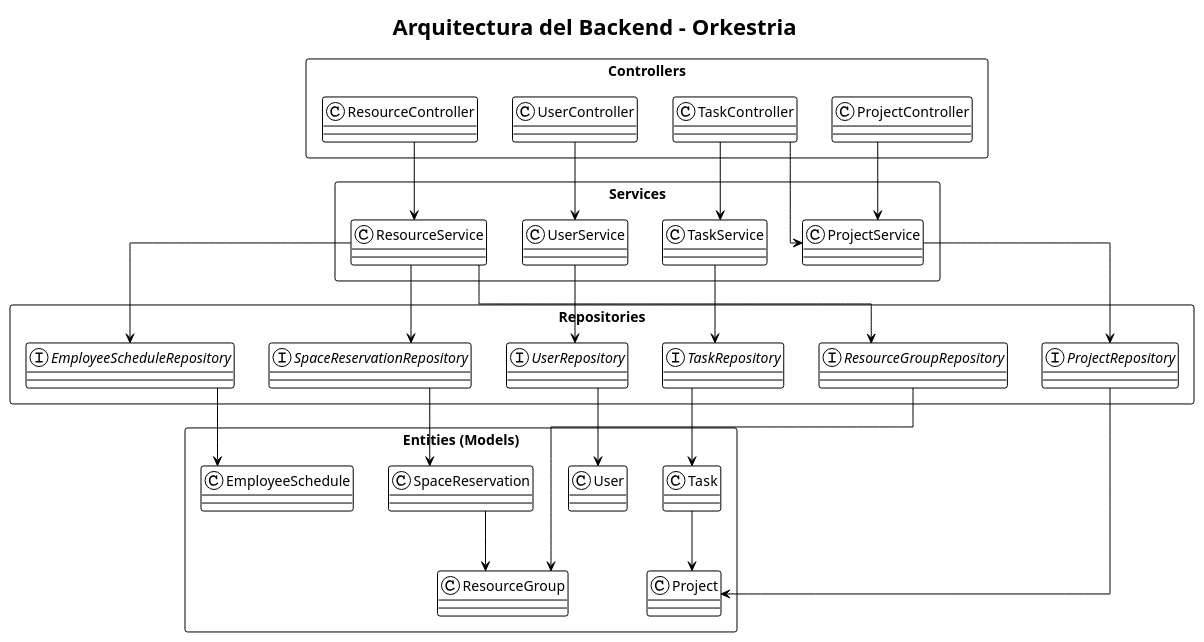
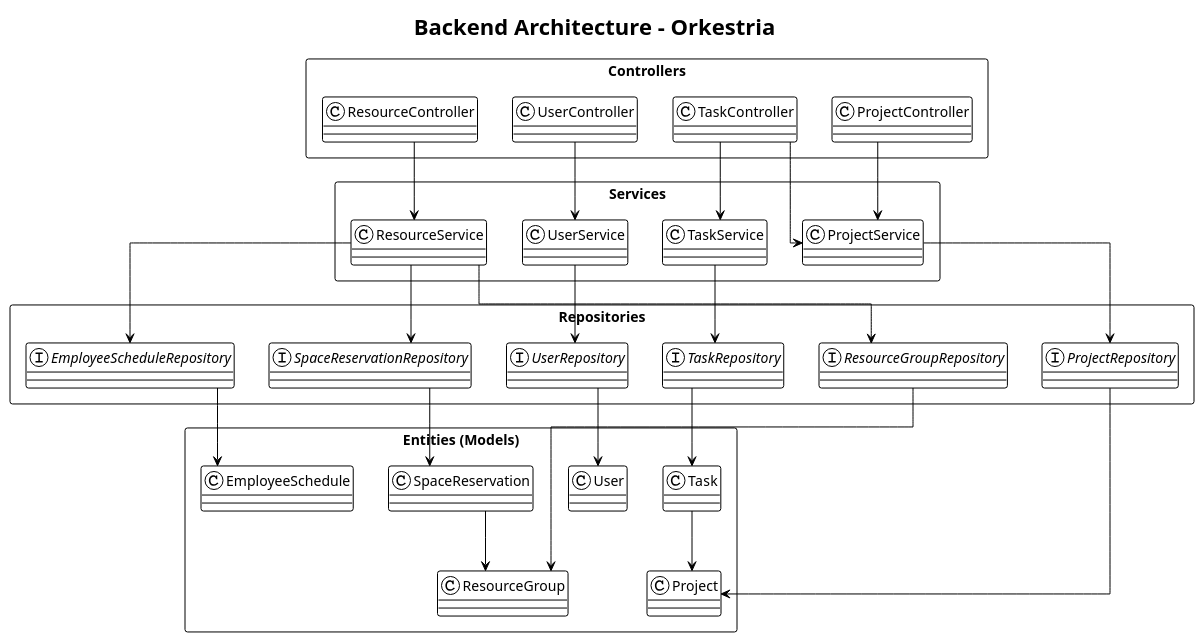
Before and after one commit to Jaime-GC/orkestria-backend: the diagram in docs/architecture-diagram.puml, drawn with PlantUML. The commit also changed 13 other files, not shown here.

```diff
--- a/docs/architecture-diagram.puml
+++ b/docs/architecture-diagram.puml
@@ -1,69 +1,69 @@
 @startuml Orkestria Backend Architecture
 
 !theme plain
 skinparam linetype ortho
 skinparam packageStyle rectangle
 skinparam shadowing false
 skinparam backgroundColor white
 
-title Arquitectura del Backend - Orkestria
+title Backend Architecture - Orkestria
 
-' Definición de capas
+' Layer definition
 package "Controllers" as controllers {
   class UserController
   class ProjectController
   class TaskController
   class ResourceController
 }
 
 package "Services" as services {
   class UserService
   class ProjectService
   class TaskService
   class ResourceService
 }
 
 package "Repositories" as repositories {
   interface UserRepository
   interface ProjectRepository
   interface TaskRepository
   interface ResourceGroupRepository
   interface SpaceReservationRepository
   interface EmployeeScheduleRepository
 }
 
 package "Entities (Models)" as entities {
   class User
   class Project
   class Task
   class ResourceGroup
   class SpaceReservation
   class EmployeeSchedule
 }
 
-' Relaciones entre capas
+' Layer relationships
 UserController --> UserService
 ProjectController --> ProjectService
 TaskController --> ProjectService
 TaskController --> TaskService
 ResourceController --> ResourceService
 
 UserService --> UserRepository
 ProjectService --> ProjectRepository
 TaskService --> TaskRepository
 ResourceService --> ResourceGroupRepository
 ResourceService --> SpaceReservationRepository
 ResourceService --> EmployeeScheduleRepository
 
 UserRepository --> User
 ProjectRepository --> Project
 TaskRepository --> Task
 ResourceGroupRepository --> ResourceGroup
 SpaceReservationRepository --> SpaceReservation
 EmployeeScheduleRepository --> EmployeeSchedule
 
-' Relaciones entre entidades
+' Entity relationships
 Task --> Project
 SpaceReservation --> ResourceGroup
 
 @enduml
```
